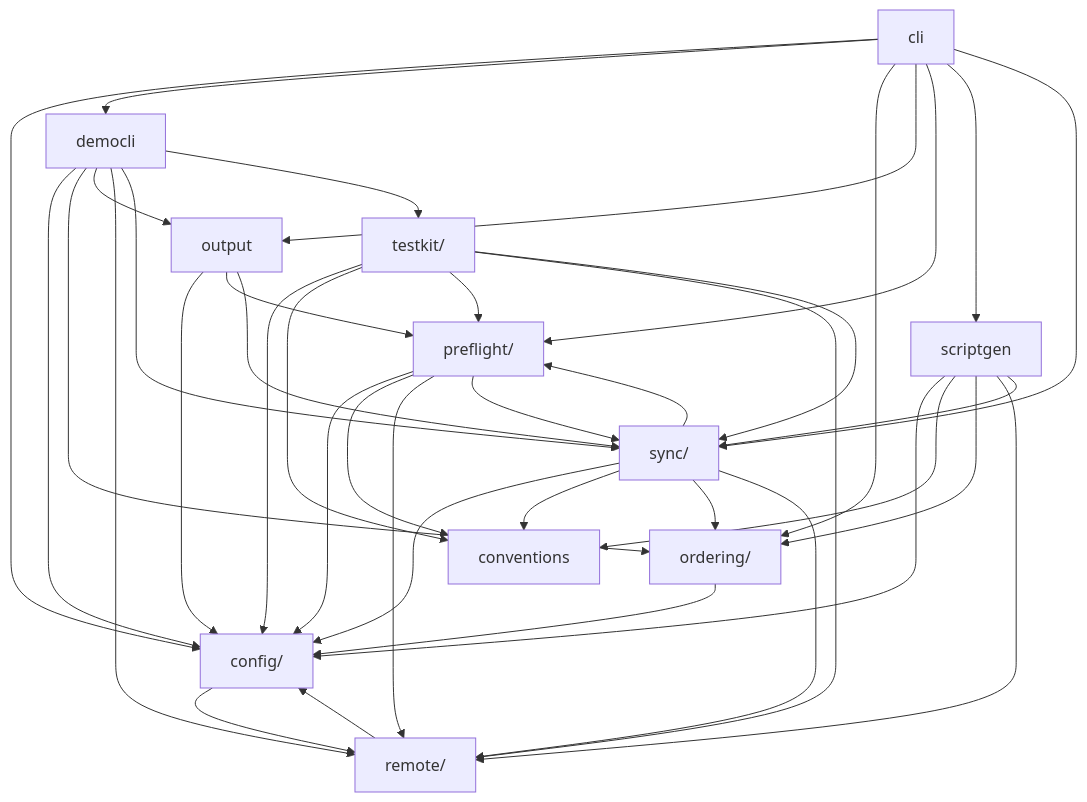
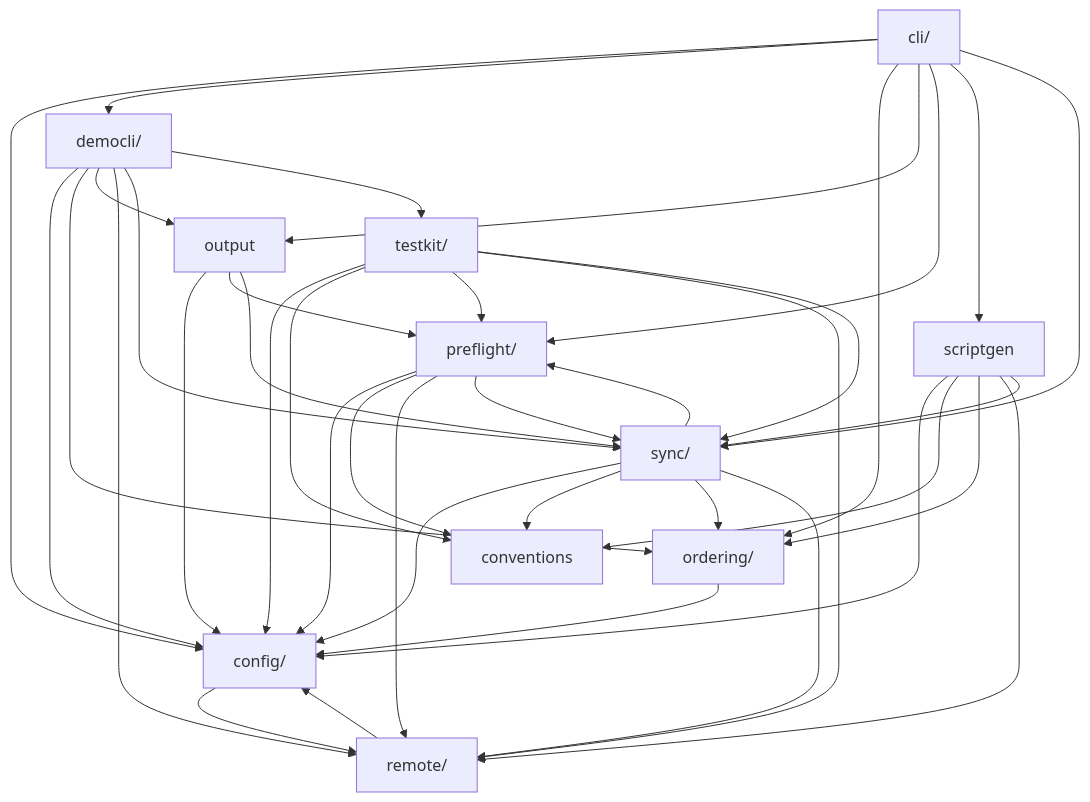
The first of 2 diagrams in docs/architecture.md (iglootools/nbkp), drawn with Mermaid before and after one commit. The commit also changed 1 other file, not shown here.

Commit message:
doc: regenerate reference doc

````diff
--- a/docs/architecture.md
+++ b/docs/architecture.md
@@ -7,53 +7,53 @@
 ```mermaid
 graph TD
-    cli["cli"]
+    cli["cli/"]
     config["config/"]
     conventions["conventions"]
-    democli["democli"]
+    democli["democli/"]
     ordering["ordering/"]
     output["output"]
     preflight["preflight/"]
     remote["remote/"]
     scriptgen["scriptgen"]
     sync["sync/"]
     testkit["testkit/"]
 
     cli --> config
     cli --> democli
     cli --> ordering
     cli --> output
     cli --> preflight
     cli --> scriptgen
     cli --> sync
     config --> remote
     democli --> config
     democli --> ordering
     democli --> output
     democli --> remote
     democli --> sync
     democli --> testkit
     ordering --> config
     output --> config
     output --> preflight
     output --> sync
     preflight --> config
     preflight --> conventions
     preflight --> remote
     preflight --> sync
     remote --> config
     scriptgen --> config
     scriptgen --> conventions
     scriptgen --> ordering
     scriptgen --> remote
     scriptgen --> sync
     sync --> config
     sync --> conventions
     sync --> ordering
     sync --> preflight
     sync --> remote
     testkit --> config
     testkit --> conventions
     testkit --> preflight
     testkit --> remote
     testkit --> sync
 ```
````
